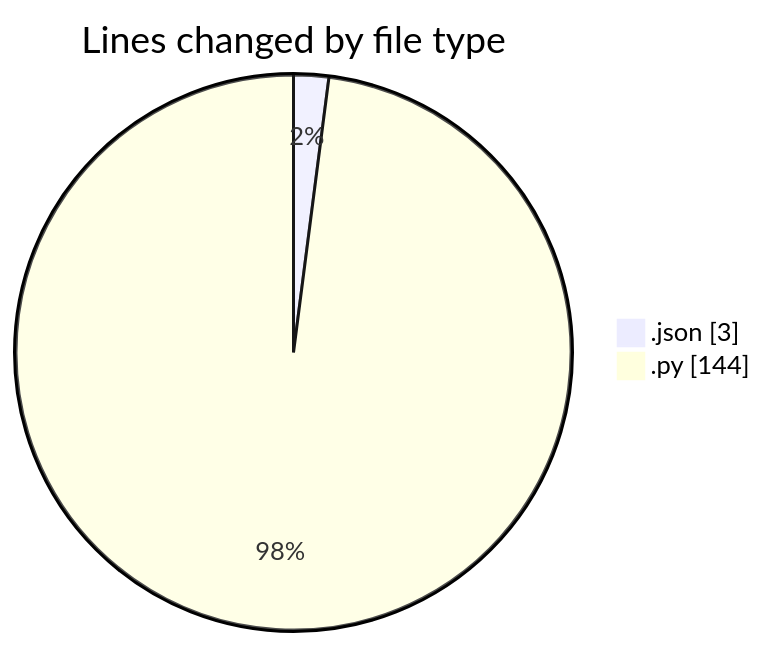
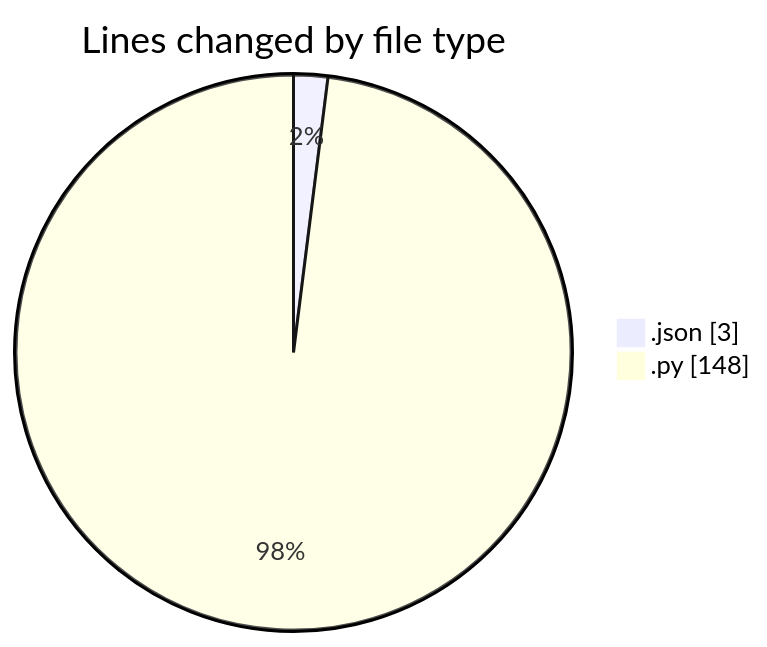
One commit to MatusMokan/code-tracking changed the first of 2 diagrams in 2025-10-08/untitled__workspace_/README.md. Above: the diagram before and after it, drawn with Mermaid. The commit also changed other lines of this file and 1 other file, not shown here.

````diff
--- a/2025-10-08/untitled__workspace_/README.md
+++ b/2025-10-08/untitled__workspace_/README.md
@@ -21,6 +21,6 @@
 ```mermaid
 pie showData
 title Lines changed by file type
 ".json" : 3
-".py" : 144
+".py" : 148
 ```
````
